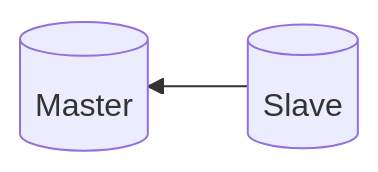
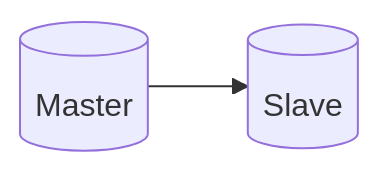
One commit to danilhendrasr/mysql-replication-experiment changed the diagram in simple-binlog/README.md. Above: the diagram before and after it, drawn with Mermaid. The commit also changed 4 other files, not shown here.

Commit message:
docs: update incorrect diagram directions

````diff
--- a/simple-binlog/README.md
+++ b/simple-binlog/README.md
@@ -6,6 +6,6 @@
 ```mermaid
-flowchart RL
+flowchart LR
   master[(Master)]
   slave[(Slave)]
-  slave-->master
+  master-->slave
 ```
````
